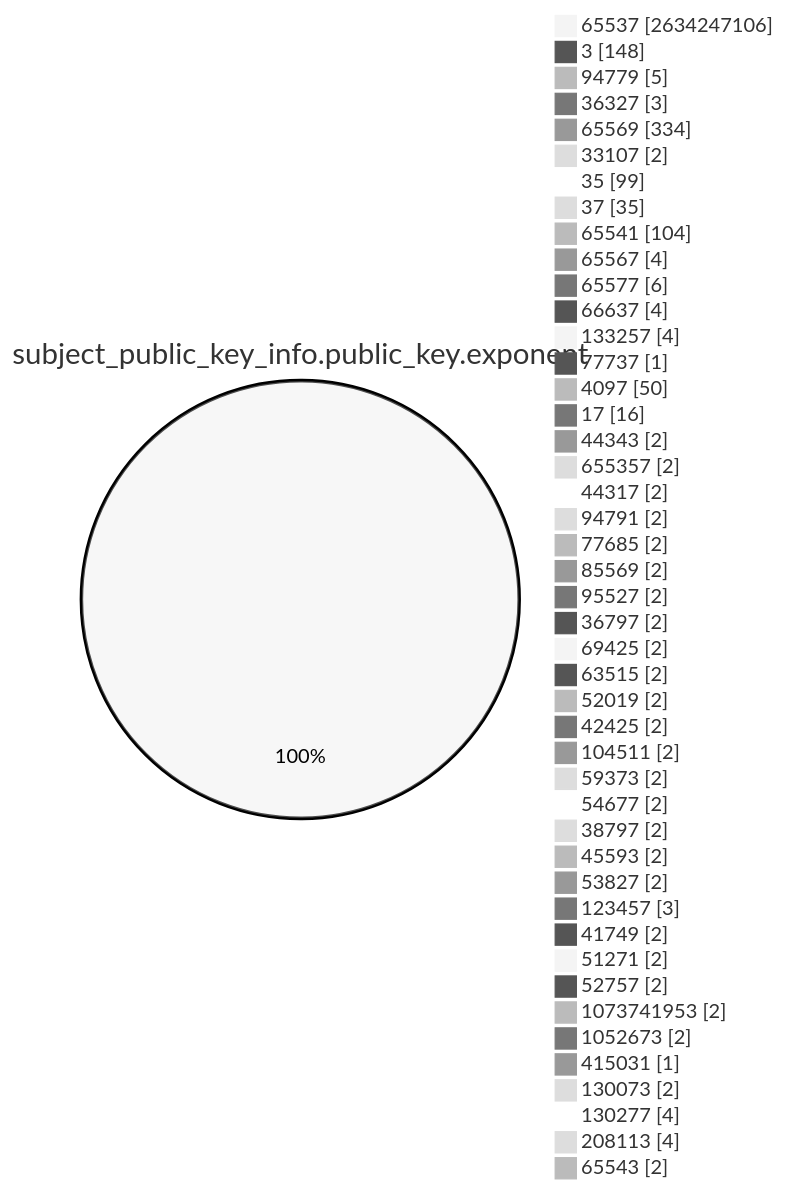
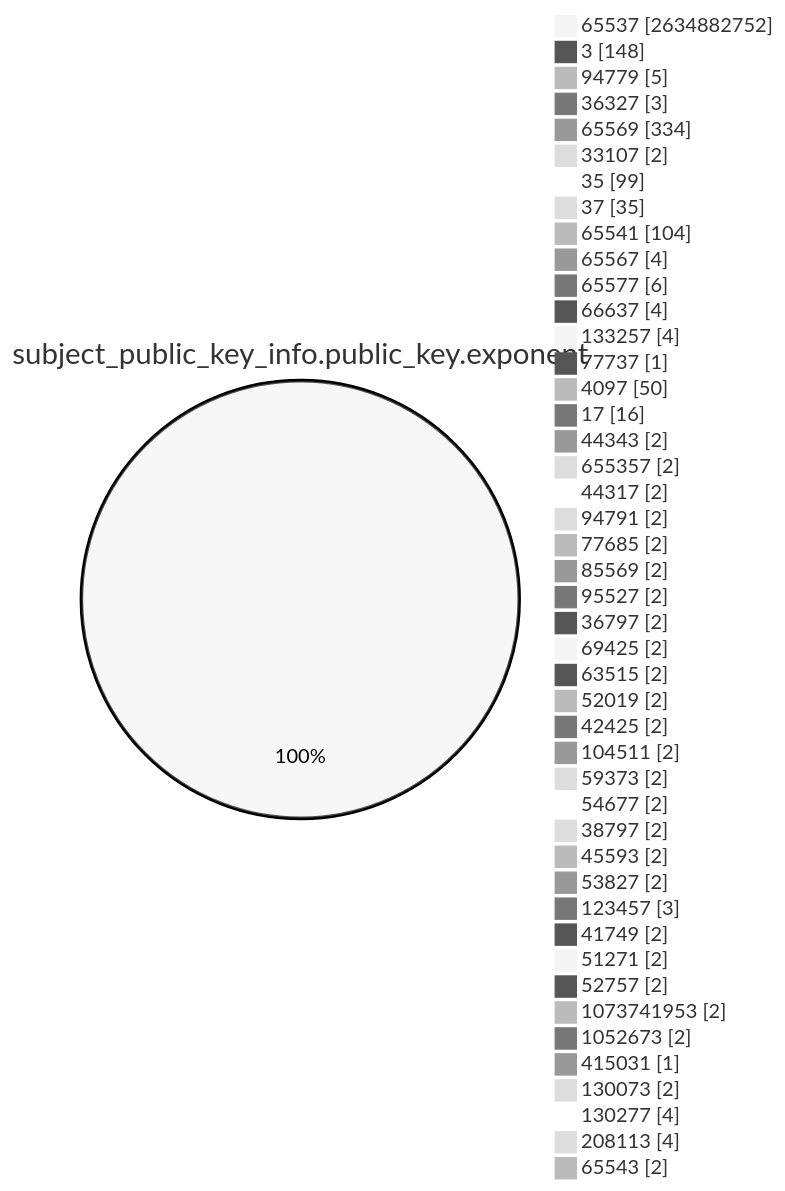
One commit to christiankrug/ctmonitor_visualization changed the fourth of 15 diagrams in TOTAL/README.md. Above: the diagram before and after it, drawn with Mermaid (neutral theme). The commit also changed other lines of this file, not shown here.

````diff
--- a/TOTAL/README.md
+++ b/TOTAL/README.md
@@ -1467,49 +1467,49 @@
 ```mermaid
 pie showData
 title subject_public_key_info.public_key.exponent
-"65537" :2634247106
+"65537" :2634882752
 "3" :148
 "94779" :5
 "36327" :3
 "65569" :334
 "33107" :2
 "35" :99
 "37" :35
 "65541" :104
 "65567" :4
 "65577" :6
 "66637" :4
 "133257" :4
 "77737" :1
 "4097" :50
 "17" :16
 "44343" :2
 "655357" :2
 "44317" :2
 "94791" :2
 "77685" :2
 "85569" :2
 "95527" :2
 "36797" :2
 "69425" :2
 "63515" :2
 "52019" :2
 "42425" :2
 "104511" :2
 "59373" :2
 "54677" :2
 "38797" :2
 "45593" :2
 "53827" :2
 "123457" :3
 "41749" :2
 "51271" :2
 "52757" :2
 "1073741953" :2
 "1052673" :2
 "415031" :1
 "130073" :2
 "130277" :4
 "208113" :4
 "65543" :2
 ```
````
